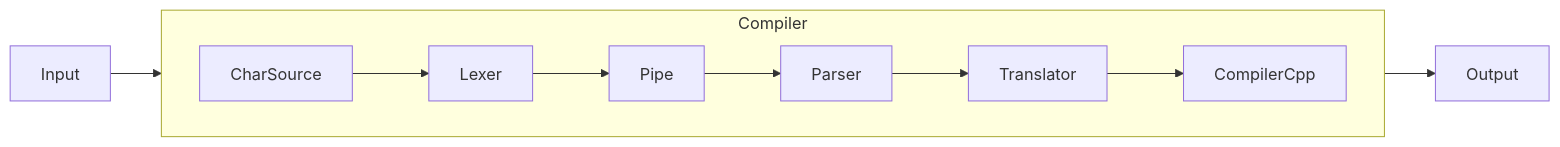
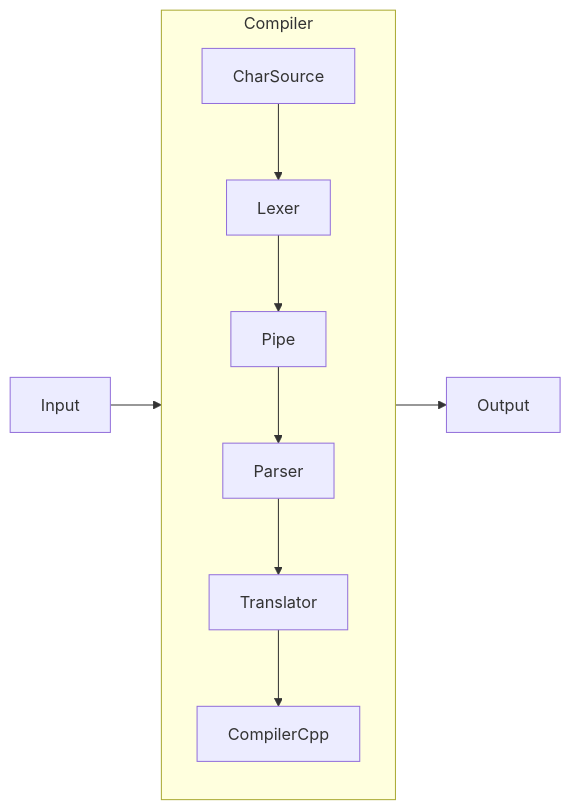
Before and after one commit to Ramzeeset/Expression-Parser: the diagram in README.md, drawn with Mermaid.

````diff
--- a/README.md
+++ b/README.md
@@ -7,12 +7,13 @@
 ```mermaid
 flowchart LR
   subgraph Compiler
     direction LR
     CharSource-->Lexer
+    direction TB
     Lexer-->Pipe
     Pipe-->Parser
     Parser-->Translator
     Translator-->CompilerCpp
   end
   Input --> Compiler --> Output
 ```
````
